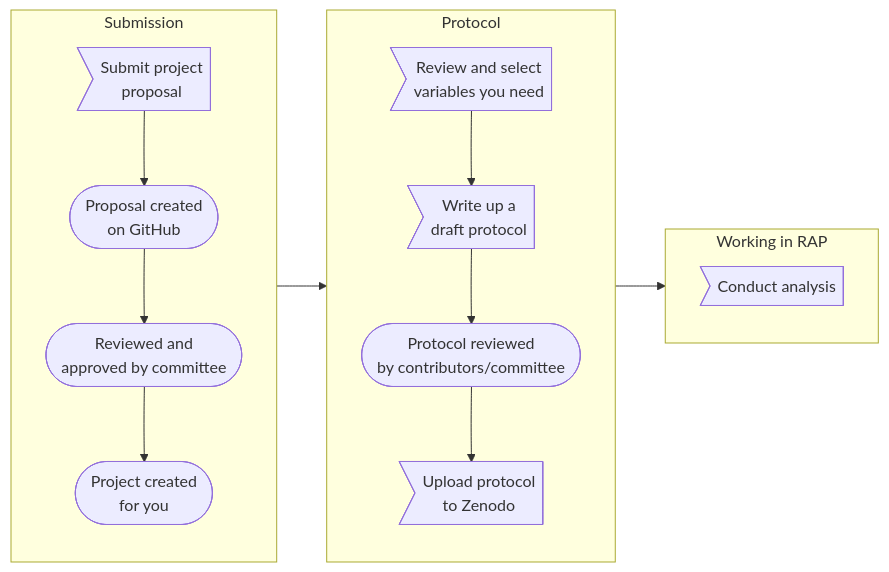
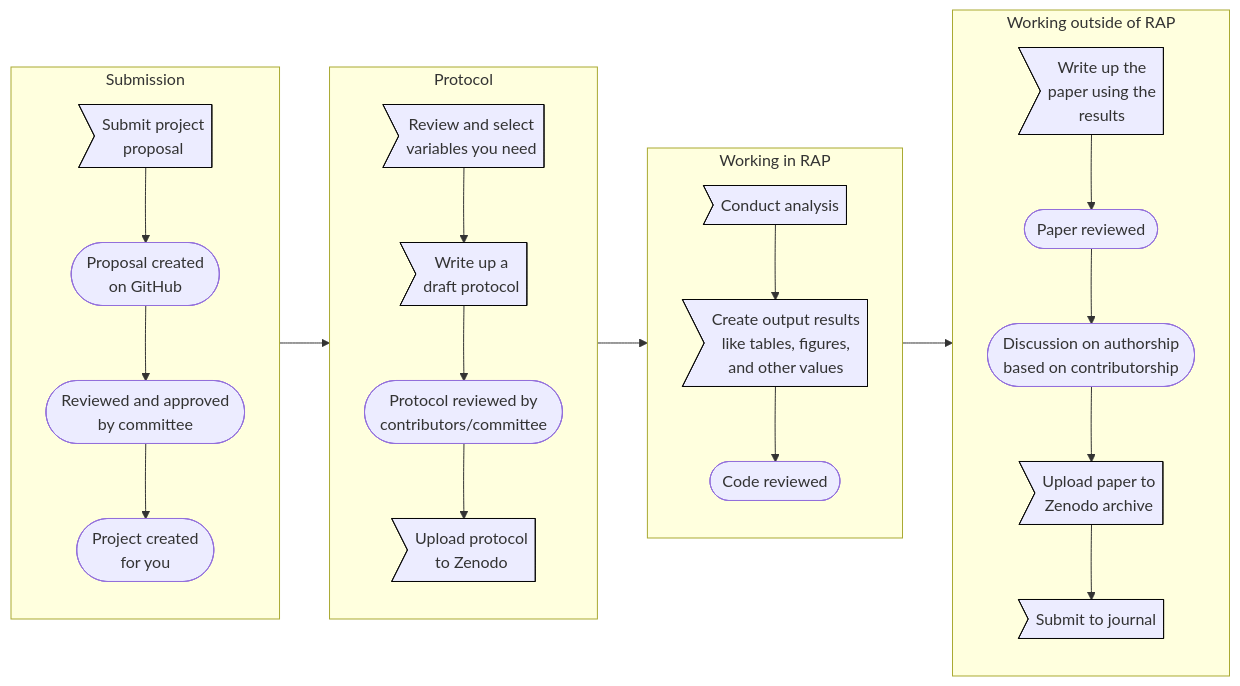
The diagram in vignettes/index.qmd (steno-aarhus/ukbAid), drawn with Mermaid before and after one commit. The commit also changed other lines of this file, not shown here.

Commit message:
update the flowchart. Closes #7

````diff
--- a/vignettes/index.qmd
+++ b/vignettes/index.qmd
@@ -113,26 +113,41 @@
 ```{mermaid}
 %%| echo: false
+%%| column: body-outset
+%%| fig-cap: The boxes that are in bold are things you are responsible for doing. The circular ones are others, like the committe members. 
 flowchart LR
     subgraph Submission
         direction TB
-        submit_request>Submit project<br>proposal] --> 
+        submit_request>Submit project<br>proposal]:::yours --> 
             pr_created([Proposal created<br>on GitHub]) --> 
-            committee_approved([Reviewed and<br>approved by committee]) -->
+            committee_approved([Reviewed and approved<br>by committee]) -->
             proj_created([Project created<br>for you])
     end 
  
     subgraph Protocol
         direction TB
-        review_variables>Review and select<br> variables you need] -->
-            write_protocol>Write up a<br>draft protocol] -->
-            protocol_reviewed([Protocol reviewed<br>by contributors/committee]) -->
-            upload_protocol>Upload protocol<br>to Zenodo]
+        review_variables>Review and select<br>variables you need]:::yours -->
+            write_protocol>Write up a<br>draft protocol]:::yours -->
+            protocol_reviewed([Protocol reviewed by<br>contributors/committee]) -->
+            upload_protocol>Upload protocol<br>to Zenodo]:::yours
     end
     
     subgraph RAP [Working in RAP]
         direction TB
-        work_on_rap>Conduct analysis]
+        work_on_rap>Conduct analysis]:::yours -->
+          create_output>Create output results<br>like tables, figures,<br>and other values]:::yours -->
+          code_review([Code reviewed<br>])
+    end
+    
+    subgraph Local [Working outside of RAP]
+        direction TB
+        write_paper>Write up the<br>paper using the<br>results]:::yours -->
+          paper_review([Paper reviewed]) -->
+          authorship([Discussion on authorship<br>based on contributorship]) -->
+          upload_archive>Upload paper to<br> Zenodo archive]:::yours -->
+          submit_journal>Submit to journal]:::yours
     end
 
-    Submission --> Protocol --> RAP
+    Submission --> Protocol --> RAP --> Local
+    
+    classDef yours stroke:#000000,stroke-width:0.75px
 ```
````
